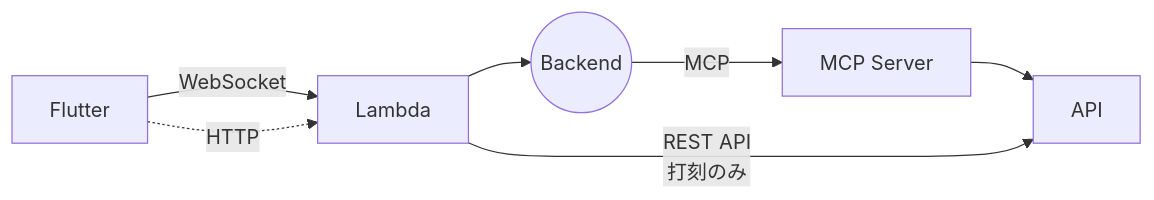
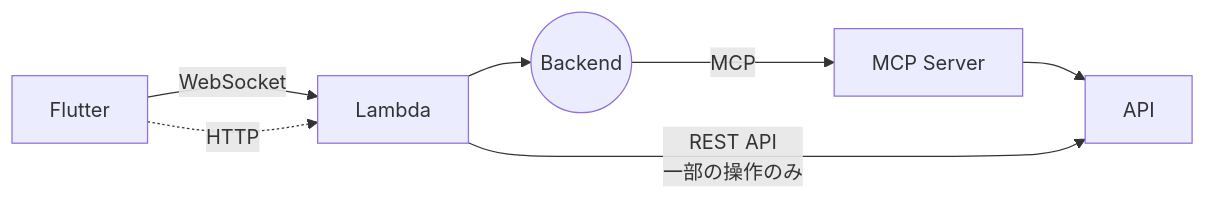
The first of 4 diagrams in 03-work/blog/qiita/本番稼働中の生成AIシステムを4ステップで段階移行する - 「MCP経由で遅い」を解くアーキテクチャ移行ADR.md (zucky-quest/it-vault), drawn with Mermaid before and after one commit. The commit also changed other lines of this file and 2 other files, not shown here.

````diff
--- a/03-work/blog/qiita/本番稼働中の生成AIシステムを4ステップで段階移行する - 「MCP経由で遅い」を解くアーキテクチャ移行ADR.md
+++ b/03-work/blog/qiita/本番稼働中の生成AIシステムを4ステップで段階移行する - 「MCP経由で遅い」を解くアーキテクチャ移行ADR.md
@@ -31,9 +47,9 @@
 ```mermaid
 flowchart LR
     Flutter -->|WebSocket| Lambda
     Flutter -.->|HTTP| Lambda
     Lambda --> Backend((Backend))
     Backend -->|MCP| MCPServer[MCP Server]
     MCPServer --> API
-    Lambda -->|REST API<br/>打刻のみ| API
+    Lambda -->|REST API<br/>一部の操作のみ| API
 ```
````
